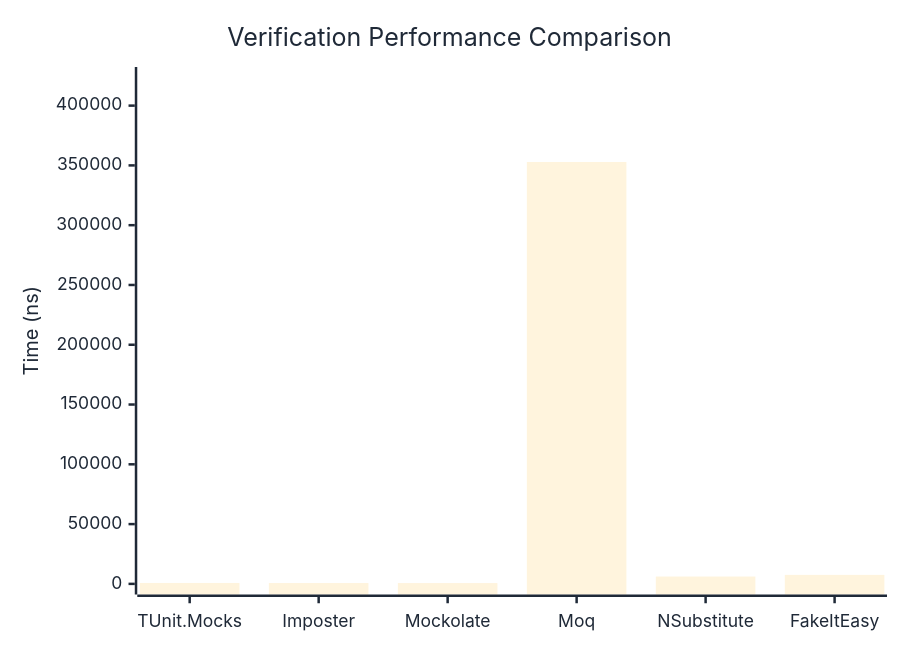
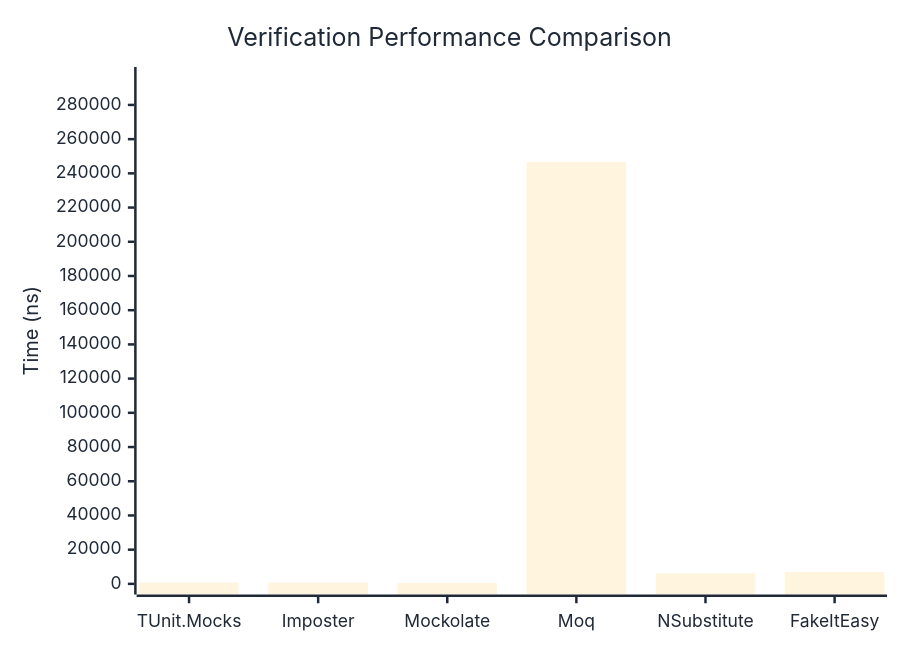
The first of 3 diagrams in docs/docs/benchmarks/mocks/Verification.md (thomhurst/TUnit), drawn with Mermaid before and after one commit. The commit also changed other lines of this file and 14 other files, not shown here.

````diff
--- a/docs/docs/benchmarks/mocks/Verification.md
+++ b/docs/docs/benchmarks/mocks/Verification.md
@@ -30,27 +30,27 @@
 ```mermaid
 %%{init: {
   'theme':'base',
   'themeVariables': {
     'primaryColor': '#2563eb',
     'primaryTextColor': '#1f2937',
     'primaryBorderColor': '#1e40af',
     'lineColor': '#6b7280',
     'secondaryColor': '#7c3aed',
     'tertiaryColor': '#dc2626',
     'background': '#ffffff',
     'pie1': '#2563eb',
     'pie2': '#7c3aed',
     'pie3': '#dc2626',
     'pie4': '#f59e0b',
     'pie5': '#10b981',
     'pie6': '#06b6d4',
     'pie7': '#ec4899',
     'pie8': '#6366f1'
   }
 }}%%
 xychart-beta
   title "Verification Performance Comparison"
   x-axis ["TUnit.Mocks", "Imposter", "Mockolate", "Moq", "NSubstitute", "FakeItEasy"]
-  y-axis "Time (ns)" 0 --> 423415
-  bar [755.63, 692.4, 665.27, 352845.11, 6140.21, 7530.96]
+  y-axis "Time (ns)" 0 --> 295964
+  bar [787.26, 704.81, 437.08, 246636.14, 6129.63, 6885.88]
 ```
````
